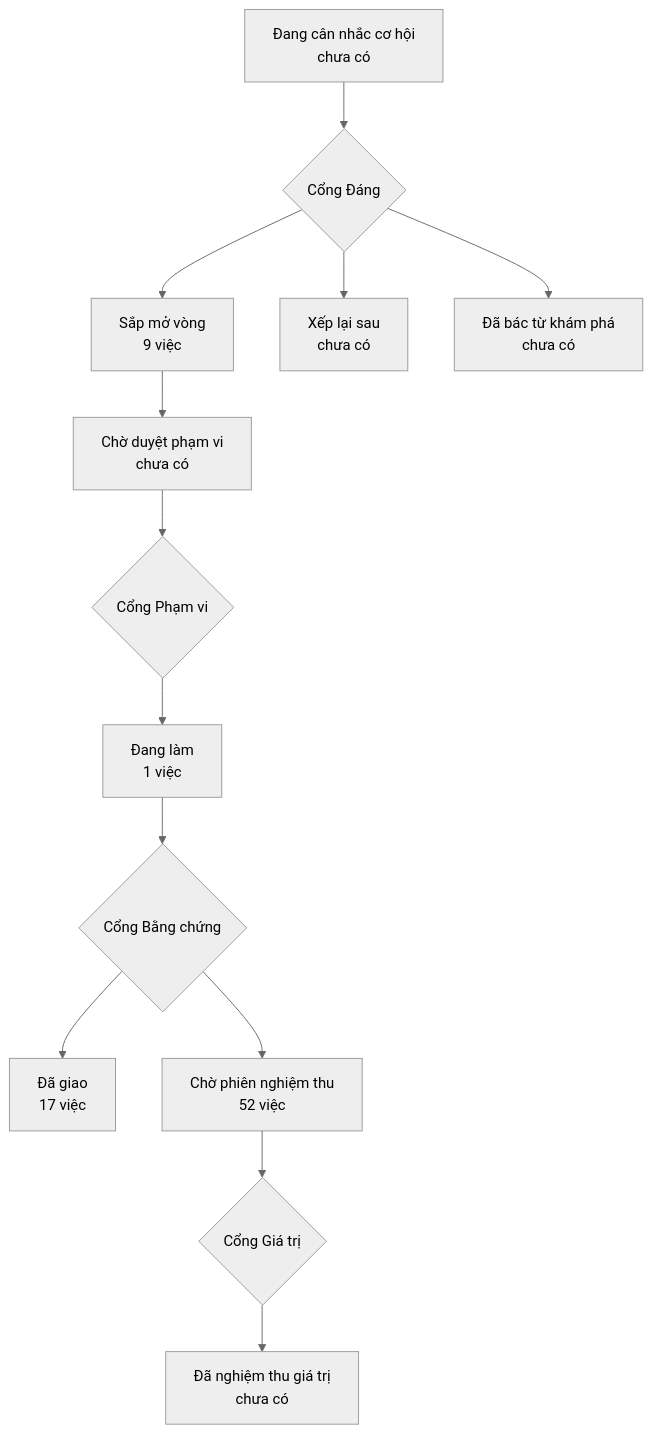
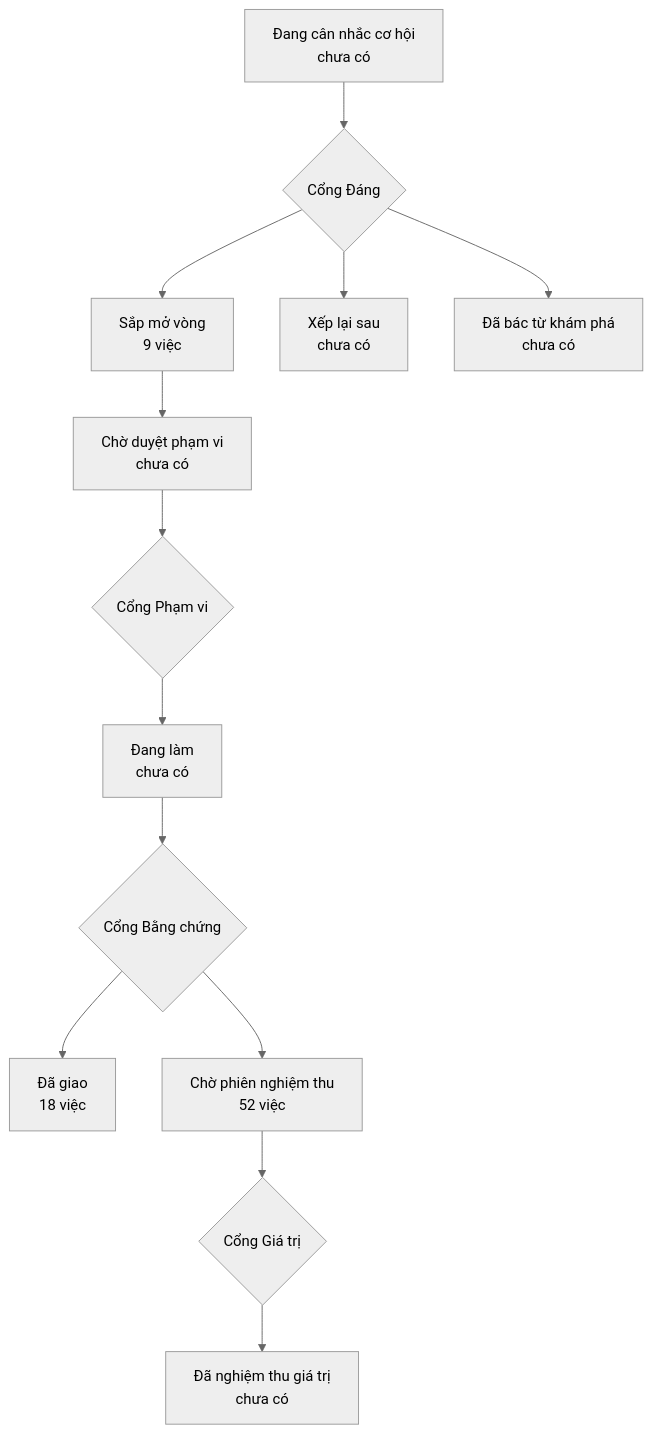
The diagram in PRODUCT-MAP.md (phanlemanh/onehub-inventory), drawn with Mermaid (neutral theme) before and after one commit. The commit also changed other lines of this file and 4 other files, not shown here.

````diff
--- a/PRODUCT-MAP.md
+++ b/PRODUCT-MAP.md
@@ -7,12 +7,12 @@
 ```mermaid
 flowchart TD
   A["Đang cân nhắc cơ hội<br/>chưa có"] --> GD{"Cổng Đáng"}
   GD --> B["Sắp mở vòng<br/>9 việc"]
   GD --> XL["Xếp lại sau<br/>chưa có"]
   GD --> DB["Đã bác từ khám phá<br/>chưa có"]
   B --> CD["Chờ duyệt phạm vi<br/>chưa có"] --> GP{"Cổng Phạm vi"}
-  GP --> DL["Đang làm<br/>1 việc"] --> GB{"Cổng Bằng chứng"}
-  GB --> DG["Đã giao<br/>17 việc"]
+  GP --> DL["Đang làm<br/>chưa có"] --> GB{"Cổng Bằng chứng"}
+  GB --> DG["Đã giao<br/>18 việc"]
   GB --> CN["Chờ phiên nghiệm thu<br/>52 việc"] --> GG{"Cổng Giá trị"}
   GG --> NT["Đã nghiệm thu giá trị<br/>chưa có"]
 ```
````
